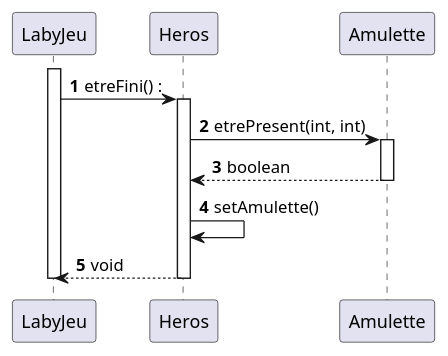
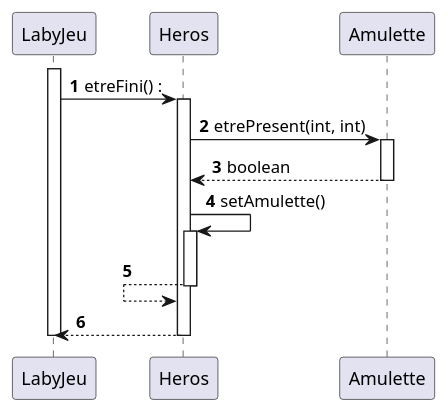
One commit to crochetremi/2025_Zeldiablo2_e20157u_e82008u_e89209u_e26078u changed the diagram in documents/version_4/DS_VictoireHerosAmulette.puml. Above: the diagram before and after it, drawn with PlantUML. The commit also changed 3 other files, not shown here.

```diff
--- a/documents/version_4/DS_VictoireHerosAmulette.puml
+++ b/documents/version_4/DS_VictoireHerosAmulette.puml
@@ -1,25 +1,29 @@
 @startuml
 'https://plantuml.com/sequence-diagram
 
 autonumber
 
 Participant "LabyJeu" as labyjeu
 Participant "Heros" as heros
 Participant "Amulette" as amulette
 
 activate labyjeu
 labyjeu ->  heros : etreFini() :
 
 activate heros
 heros -> amulette : etrePresent(int, int)
 
 activate amulette
 heros <-- amulette : boolean
 deactivate amulette
 heros -> heros : setAmulette()
+activate heros
 
-labyjeu <-- heros : void
+heros <-- heros
+deactivate heros
+
+labyjeu <-- heros
 
 deactivate heros
 deactivate labyjeu
 @enduml
```
